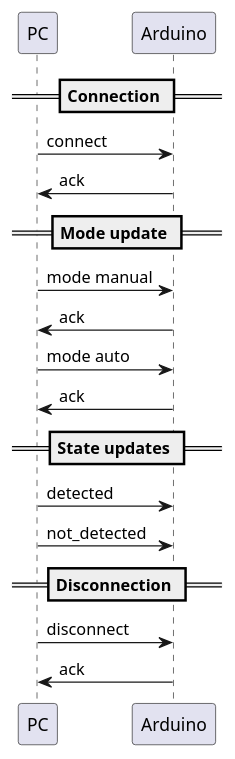
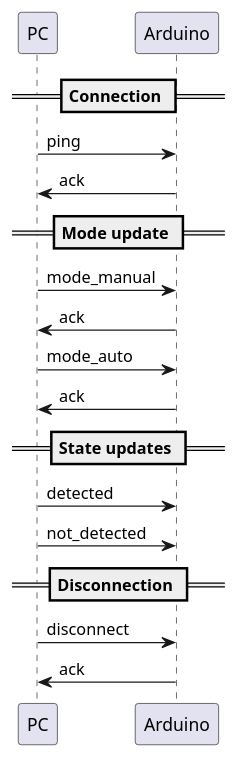
Before and after one commit to yleniaBattistini/ObjectTracker: the diagram in doc/pc-arduino-communication.puml, drawn with PlantUML. The commit also changed 1 other file, not shown here.

Commit message:
arduino commit

```diff
--- a/doc/pc-arduino-communication.puml
+++ b/doc/pc-arduino-communication.puml
@@ -1,24 +1,24 @@
 @startuml PC_ARDUINO
 
 participant "PC" as pc
 participant "Arduino" as arduino
 
 == Connection ==
-pc -> arduino : connect
+pc -> arduino : ping
 arduino -> pc : ack
 
 == Mode update ==
-pc -> arduino : mode manual
+pc -> arduino : mode_manual
 arduino -> pc : ack
-pc -> arduino : mode auto
+pc -> arduino : mode_auto
 arduino -> pc : ack
 
 == State updates ==
 pc -> arduino : detected
 pc -> arduino : not_detected
 
 == Disconnection ==
 pc -> arduino : disconnect
 arduino -> pc : ack
 
 @enduml
```
